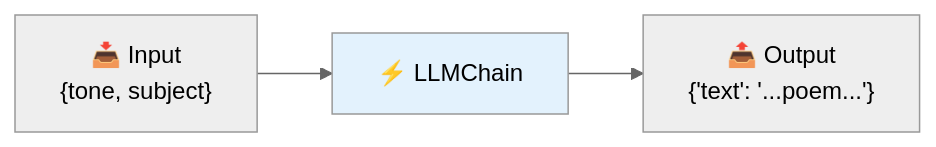
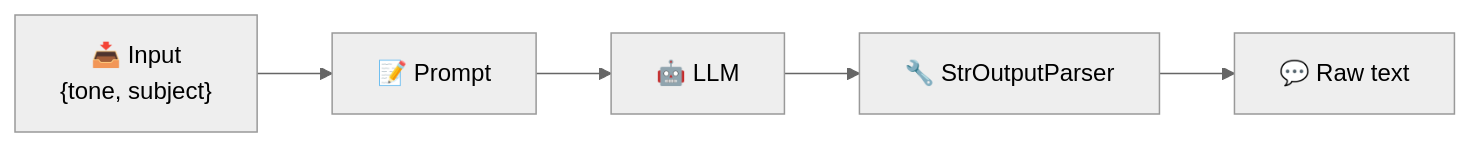
One commit to remolaan/Agentic-AI-Cookbook changed the second of 4 diagrams in 05_chains/README.md. Above: the diagram before and after it, drawn with Mermaid (neutral theme). The commit also changed other lines of this file and 3 other files, not shown here.

````diff
--- a/05_chains/README.md
+++ b/05_chains/README.md
@@ -49,6 +52,7 @@
 ```mermaid
 flowchart LR
-    I["📥 Input<br/>{tone, subject}"] --> C["⚡ LLMChain"]
-    C --> O["📤 Output<br/>{'text': '...poem...'}"]
-    style C fill:#e3f2fd
+    I["📥 Input<br/>{tone, subject}"] --> P["📝 Prompt"]
+    P --> M["🤖 LLM"]
+    M --> R["🔧 StrOutputParser"]
+    R --> O["💬 Raw text"]
 ```
````
